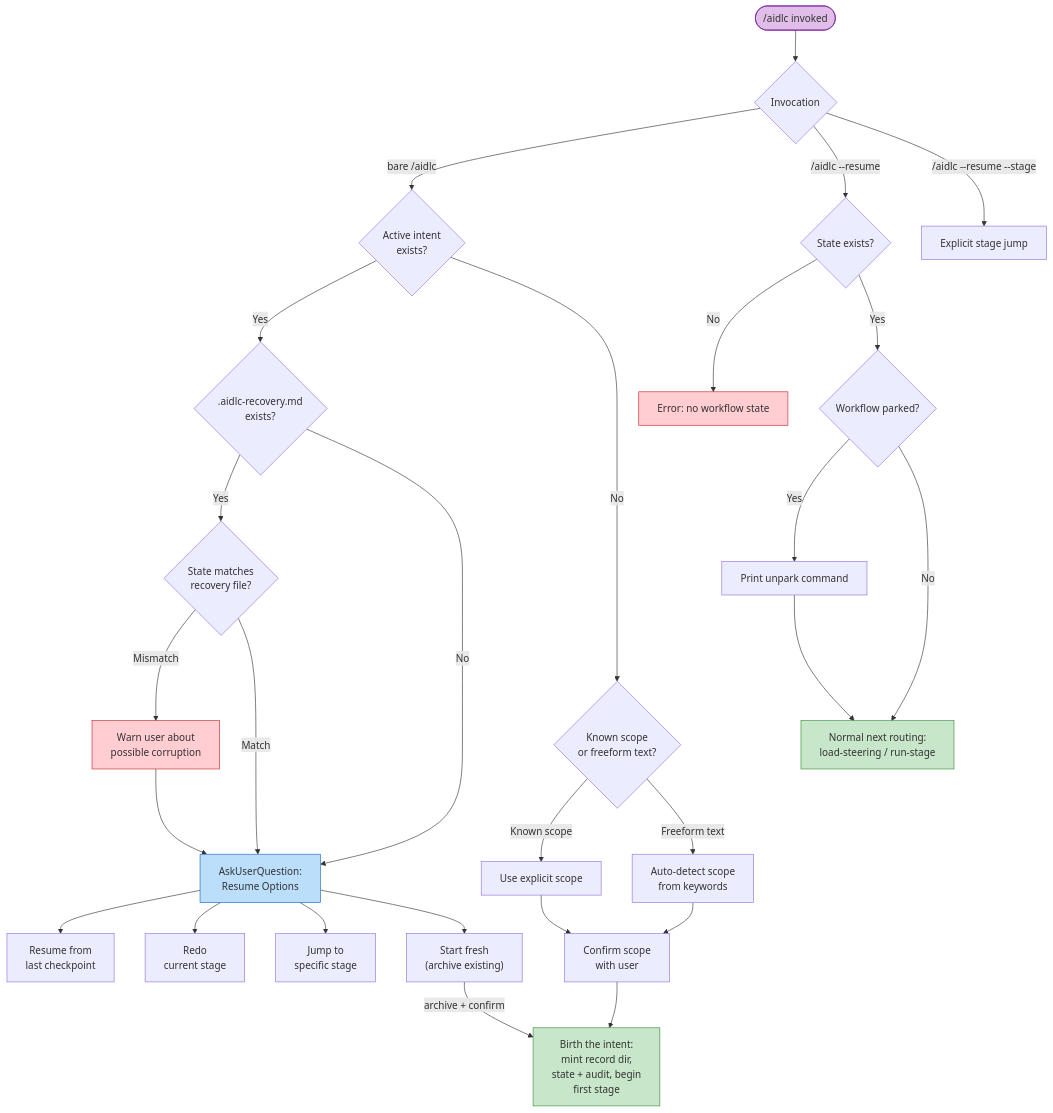
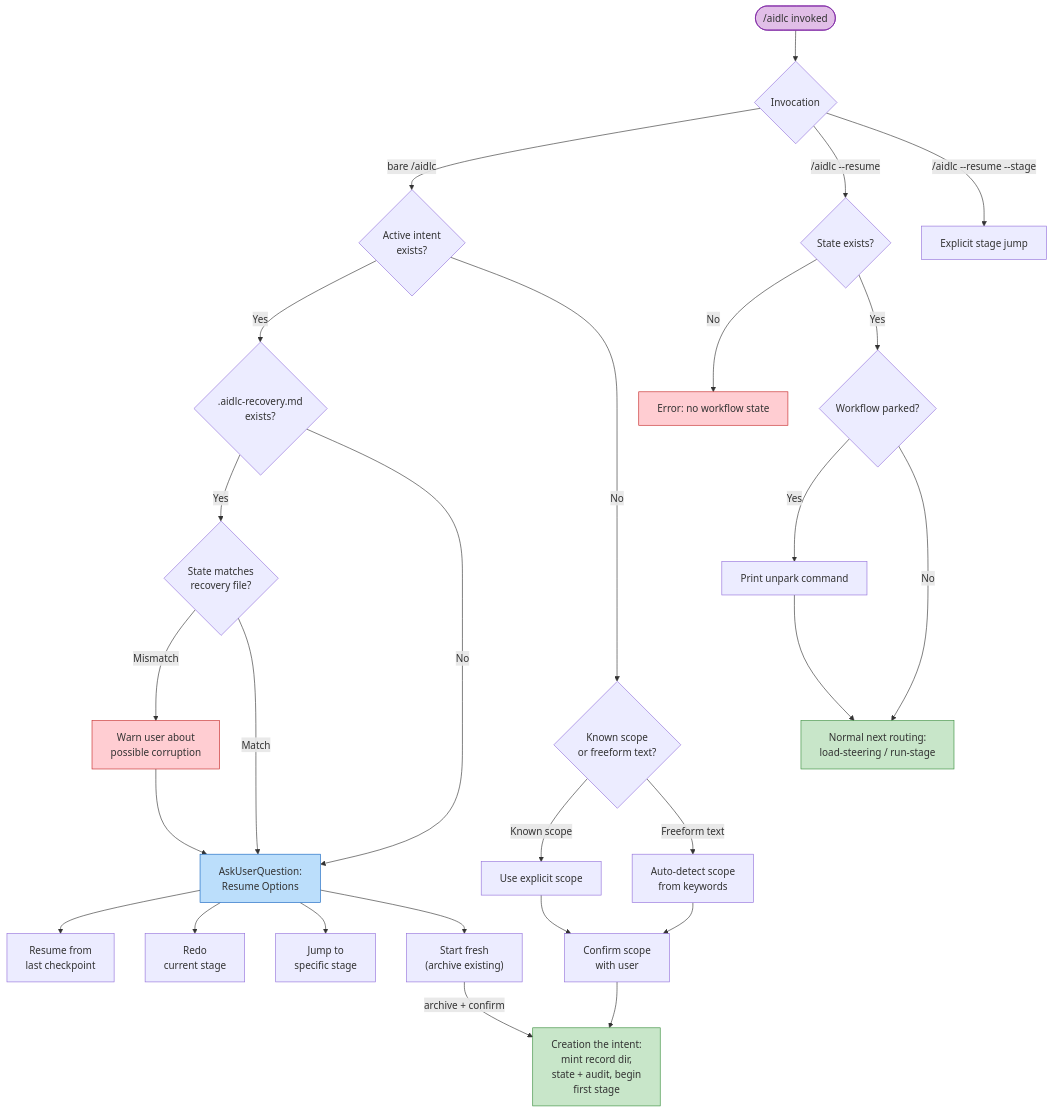
Before and after one commit to awslabs/aidlc-workflows: the first of 4 diagrams in docs/reference/03-orchestrator.md, drawn with Mermaid. The commit also changed other lines of this file and 399 other files, not shown here.

First line of the commit message:
fix: finish the intent-create vocabulary rename - intents are created, not birthed (2.6.25)

````diff
--- a/docs/reference/03-orchestrator.md
+++ b/docs/reference/03-orchestrator.md
@@ -151,61 +151,61 @@
 ```mermaid
 flowchart TD
     START(["/aidlc invoked"])
     MODE{"Invocation"}
     STATE_EXISTS{"Active intent\nexists?"}
     RECOVERY_CHECK{".aidlc-recovery.md\nexists?"}
     CORRUPTION{"State matches\nrecovery file?"}
     WARN["Warn user about\npossible corruption"]
     RESUME_MENU["AskUserQuestion:\nResume Options"]
     OPT_RESUME["Resume from\nlast checkpoint"]
     OPT_REDO["Redo\ncurrent stage"]
     OPT_JUMP["Jump to\nspecific stage"]
     OPT_FRESH["Start fresh\n(archive existing)"]
     RESUME_STATE{"State exists?"}
     PARKED{"Workflow parked?"}
     UNPARK["Print unpark command"]
     CONTINUE["Normal next routing:\nload-steering / run-stage"]
     JUMP["Explicit stage jump"]
     NO_STATE["Error: no workflow state"]
     SCOPE_DETECT{"Known scope\nor freeform text?"}
     KNOWN_SCOPE["Use explicit scope"]
     FREEFORM["Auto-detect scope\nfrom keywords"]
     CONFIRM_SCOPE["Confirm scope\nwith user"]
-    BIRTH["Birth the intent:\nmint record dir,\nstate + audit, begin\nfirst stage"]
+    CREATE["Creation the intent:\nmint record dir,\nstate + audit, begin\nfirst stage"]
 
     START --> MODE
     MODE -->|"bare /aidlc"| STATE_EXISTS
     MODE -->|"/aidlc --resume"| RESUME_STATE
     MODE -->|"/aidlc --resume --stage"| JUMP
 
     STATE_EXISTS -->|Yes| RECOVERY_CHECK
     STATE_EXISTS -->|No| SCOPE_DETECT
 
     RECOVERY_CHECK -->|Yes| CORRUPTION
     RECOVERY_CHECK -->|No| RESUME_MENU
     CORRUPTION -->|Mismatch| WARN --> RESUME_MENU
     CORRUPTION -->|Match| RESUME_MENU
 
     RESUME_MENU --> OPT_RESUME
     RESUME_MENU --> OPT_REDO
     RESUME_MENU --> OPT_JUMP
     RESUME_MENU --> OPT_FRESH
 
     RESUME_STATE -->|No| NO_STATE
     RESUME_STATE -->|Yes| PARKED
     PARKED -->|Yes| UNPARK --> CONTINUE
     PARKED -->|No| CONTINUE
 
-    OPT_FRESH -->|"archive + confirm"| BIRTH
+    OPT_FRESH -->|"archive + confirm"| CREATE
 
     SCOPE_DETECT -->|"Known scope"| KNOWN_SCOPE --> CONFIRM_SCOPE
     SCOPE_DETECT -->|"Freeform text"| FREEFORM --> CONFIRM_SCOPE
-    CONFIRM_SCOPE --> BIRTH
+    CONFIRM_SCOPE --> CREATE
 
     style START fill:#e1bee7,stroke:#7b1fa2
     style RESUME_MENU fill:#bbdefb,stroke:#1565c0
     style CONTINUE fill:#c8e6c9,stroke:#388e3c
-    style BIRTH fill:#c8e6c9,stroke:#388e3c
+    style CREATE fill:#c8e6c9,stroke:#388e3c
     style WARN fill:#ffcdd2,stroke:#c62828
     style NO_STATE fill:#ffcdd2,stroke:#c62828
 ```
````
